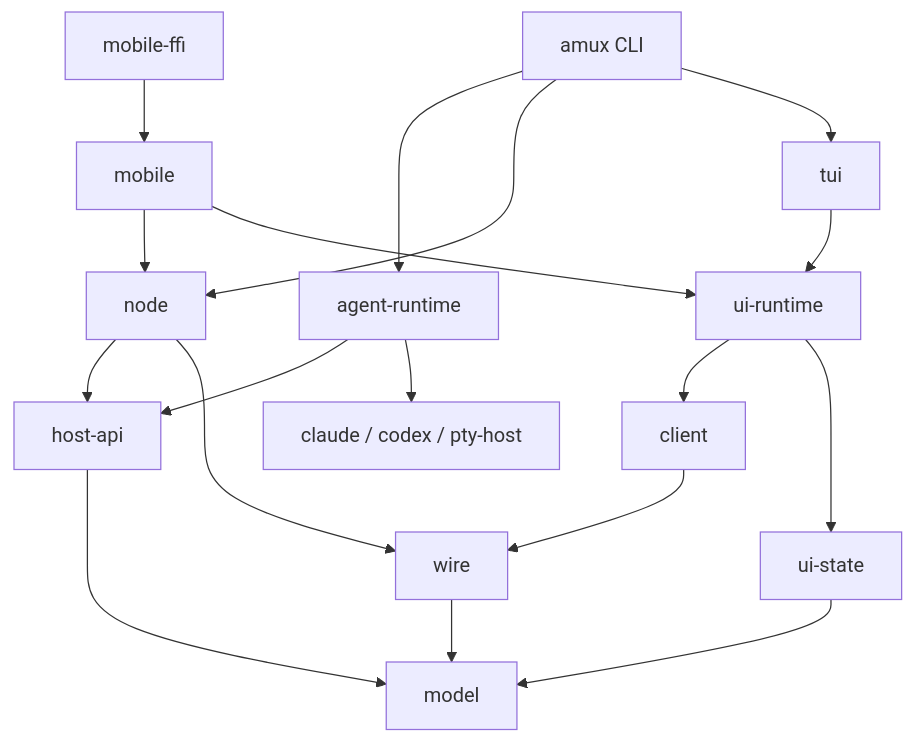
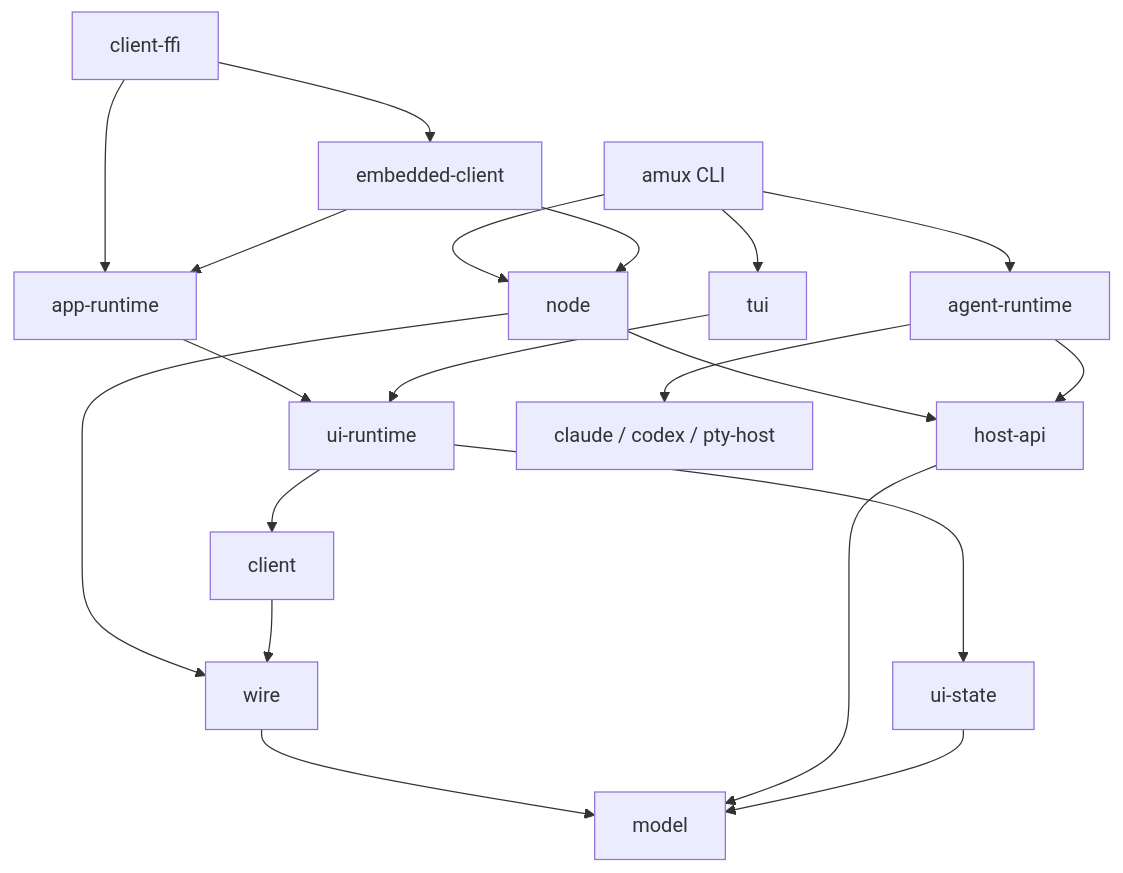
The diagram in docs/BUILD_FOUNDATIONS.md (jordanwebster/amux), drawn with Mermaid before and after one commit. The commit also changed other lines of this file and 1 other file, not shown here.

Commit message:
docs: plan shared runtime foundations for rich clients

````diff
--- a/docs/BUILD_FOUNDATIONS.md
+++ b/docs/BUILD_FOUNDATIONS.md
@@ -190,20 +191,22 @@
 ```mermaid
 flowchart TD
   cli[amux CLI] --> hosting[agent-runtime]
   cli --> node
   cli --> tui
-  ffi[mobile-ffi] --> mobile
-  mobile --> node
-  mobile --> runtime[ui-runtime]
+  ffi[client-ffi] --> app[app-runtime]
+  ffi --> embedded[embedded-client]
+  embedded --> node
+  embedded --> app
+  app --> runtime[ui-runtime]
   tui --> runtime
   runtime --> client
   runtime --> ui[ui-state]
   node --> contract[host-api]
   hosting --> contract
   hosting --> providers[claude / codex / pty-host]
   node --> wire
   client --> wire
   wire --> model
   contract --> model
   ui --> model
 ```
````
